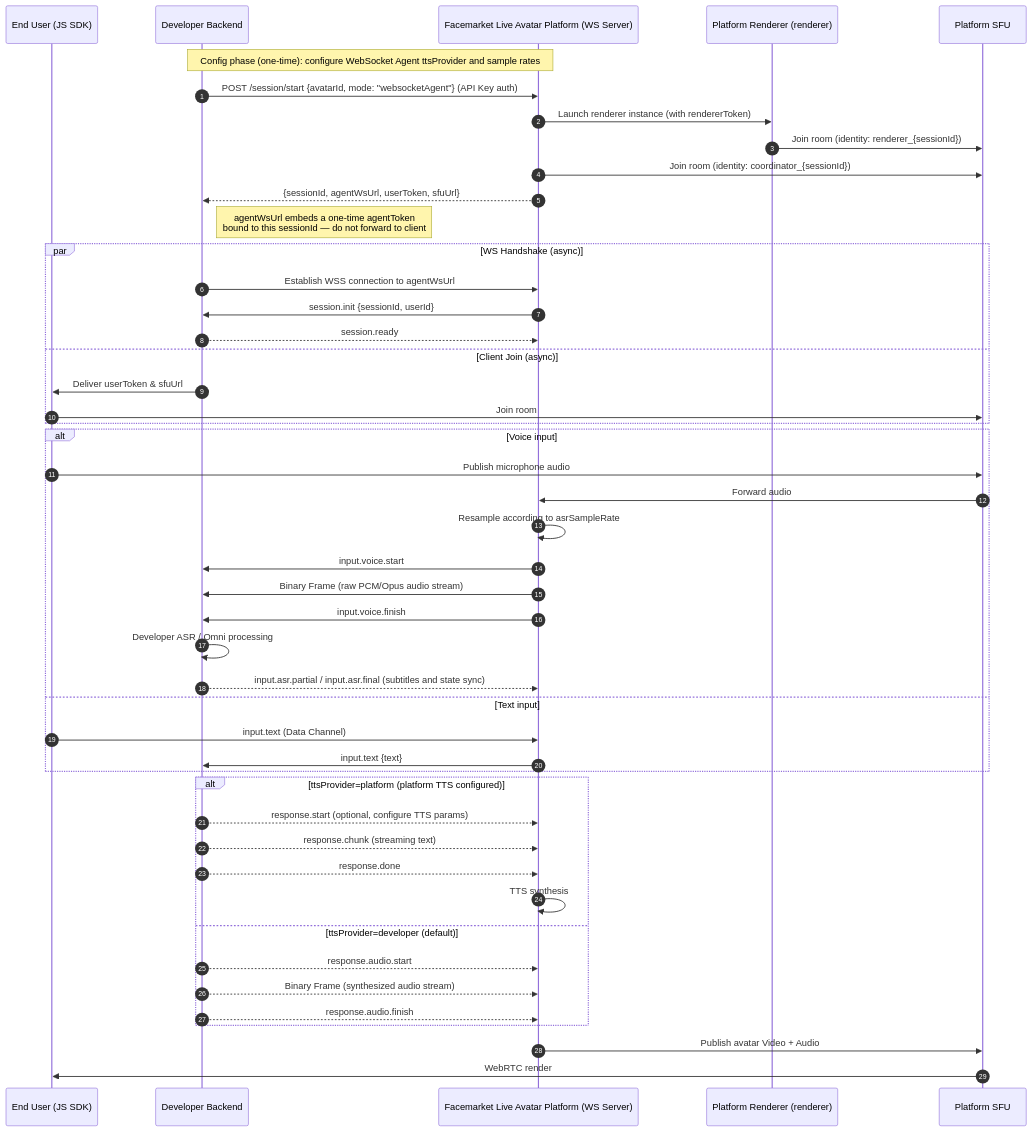
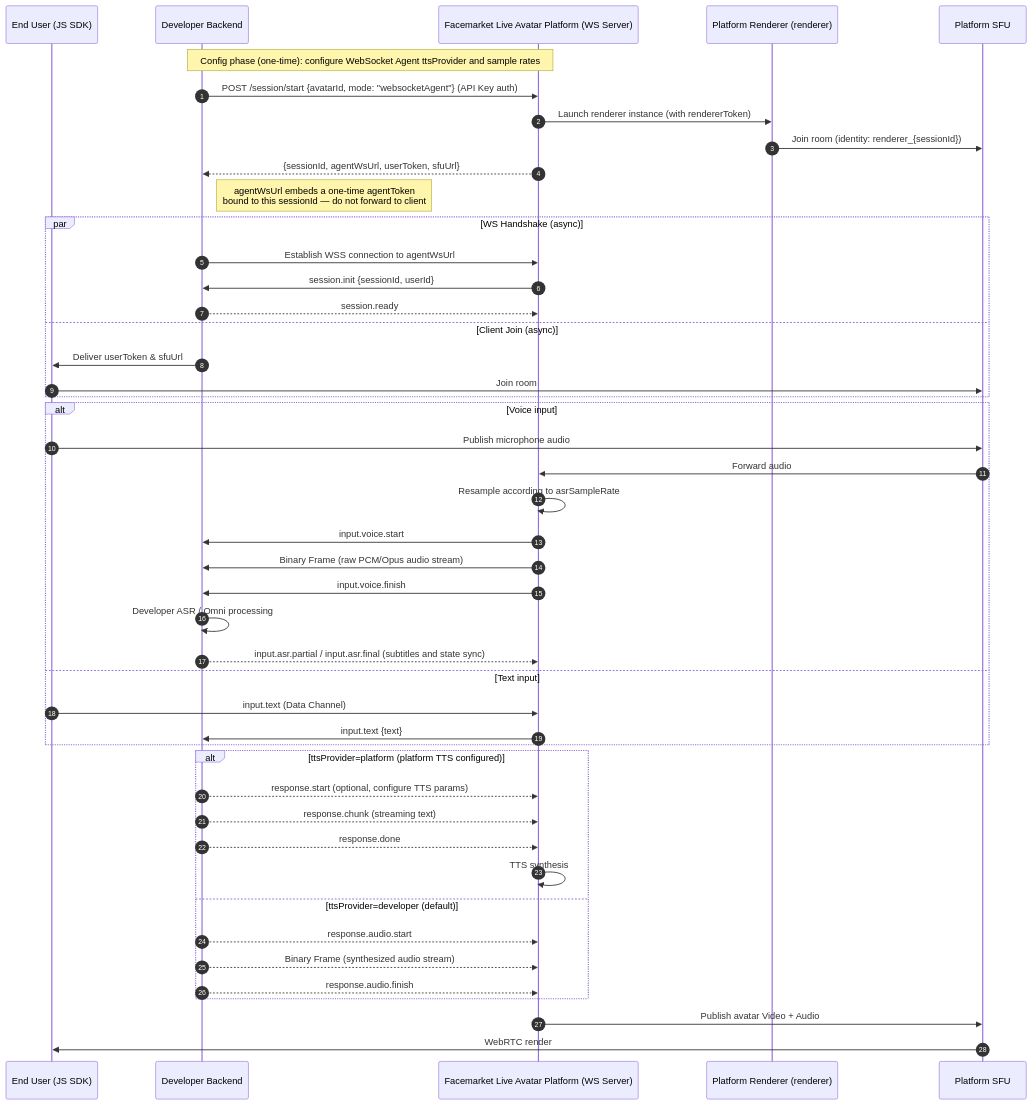
Before and after one commit to newportAI-lab/liveavatar-integration-guide: the first of 3 diagrams in Live Avatar Integration Guide.md, drawn with Mermaid. The commit also changed other lines of this file and 2 other files, not shown here.

Commit message:
remove coordinator from participants

````diff
--- a/Live Avatar Integration Guide.md
+++ b/Live Avatar Integration Guide.md
@@ -324,55 +320,54 @@
 ```mermaid
 sequenceDiagram
     autonumber
     participant Client as End User (JS SDK)
     participant Backend as Developer Backend
     participant Platform as Facemarket Live Avatar Platform (WS Server)
     participant Renderer as Platform Renderer (renderer)
     participant SFU as Platform SFU
 
     Note over Backend, Platform: Config phase (one-time): configure WebSocket Agent ttsProvider and sample rates
 
     Backend->>Platform: POST /session/start {avatarId, mode: "websocketAgent"} (API Key auth)
     Platform->>Renderer: Launch renderer instance (with rendererToken)
     Renderer->>SFU: Join room (identity: renderer_{sessionId})
-    Platform->>SFU: Join room (identity: coordinator_{sessionId})
     Platform-->>Backend: {sessionId, agentWsUrl, userToken, sfuUrl}
     Note right of Backend: agentWsUrl embeds a one-time agentToken<br/>bound to this sessionId — do not forward to client
 
     par WS Handshake (async)
         Backend->>Platform: Establish WSS connection to agentWsUrl
         Platform->>Backend: session.init {sessionId, userId}
         Backend-->>Platform: session.ready
     and Client Join (async)
         Backend->>Client: Deliver userToken & sfuUrl
         Client->>SFU: Join room
     end
 
     alt Voice input
         Client->>SFU: Publish microphone audio
         SFU->>Platform: Forward audio
         Platform->>Platform: Resample according to asrSampleRate
         Platform->>Backend: input.voice.start
         Platform->>Backend: Binary Frame (raw PCM/Opus audio stream)
         Platform->>Backend: input.voice.finish
         Backend->>Backend: Developer ASR / Omni processing
         Backend-->>Platform: input.asr.partial / input.asr.final (subtitles and state sync)
     else Text input
         Client->>Platform: input.text (Data Channel)
         Platform->>Backend: input.text {text}
     end
 
     alt ttsProvider=platform (platform TTS configured)
         Backend-->>Platform: response.start (optional, configure TTS params)
         Backend-->>Platform: response.chunk (streaming text)
         Backend-->>Platform: response.done
         Platform->>Platform: TTS synthesis
     else ttsProvider=developer (default)
         Backend-->>Platform: response.audio.start
         Backend-->>Platform: Binary Frame (synthesized audio stream)
         Backend-->>Platform: response.audio.finish
     end
 
     Platform->>SFU: Publish avatar Video + Audio
     SFU->>Client: WebRTC render
 ```
````
